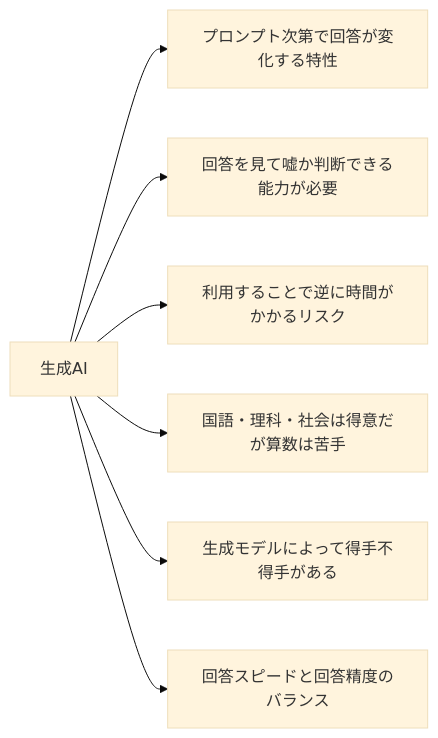
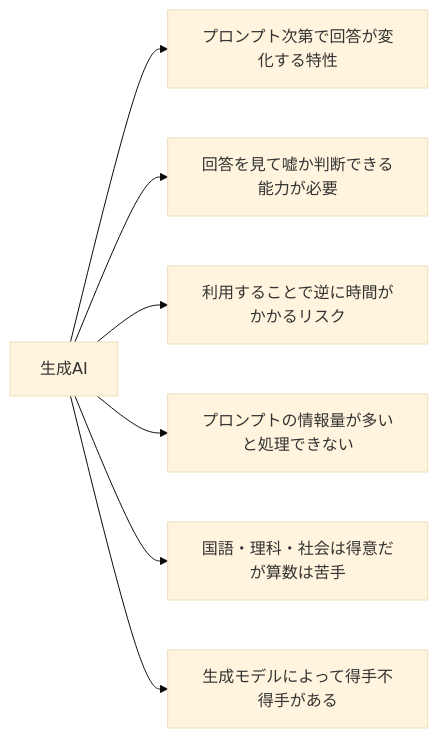
Before and after one commit to SparklingDetergent/doc_genai_Using_Generative_AI_with_Mac_Mini_-Introduction-: the fourth of 14 diagrams in README.md, drawn with Mermaid (base theme). The commit also changed other lines of this file, not shown here.

````diff
--- a/README.md
+++ b/README.md
@@ -75,9 +76,9 @@
 ```mermaid
 graph LR
     A[生成AI] --> F[プロンプト次第で回答が変化する特性]
     A --> G[回答を見て嘘か判断できる能力が必要]
     A --> B[利用することで逆に時間がかかるリスク]
+    A --> E[プロンプトの情報量が多いと処理できない]
     A --> C[国語・理科・社会は得意だが算数は苦手]
     A --> D[生成モデルによって得手不得手がある]
-    A --> E[回答スピードと回答精度のバランス]
 ```
````
